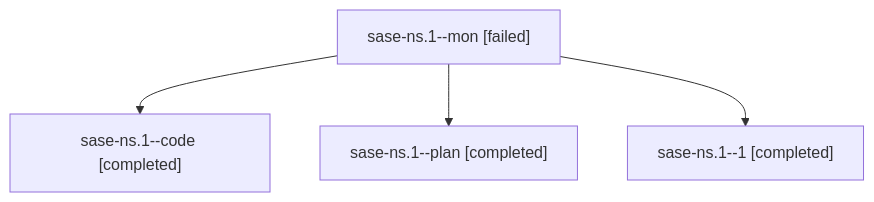
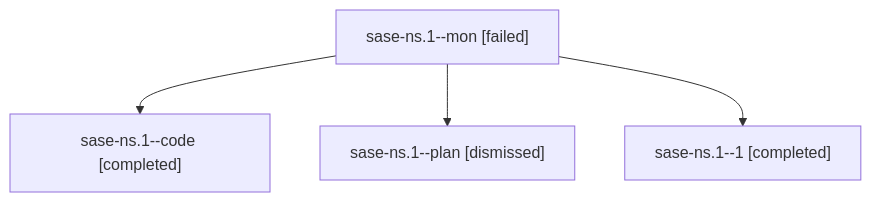
One commit to sase-org/sase--agents changed the diagram in families/bbugyi200.athena.sase-ns.1.md. Above: the diagram before and after it, drawn with Mermaid. The commit also changed other lines of this file and 200 other files, not shown here.

````diff
--- a/families/bbugyi200.athena.sase-ns.1.md
+++ b/families/bbugyi200.athena.sase-ns.1.md
@@ -9,10 +9,10 @@
 ```mermaid
 flowchart TD
   n0["sase-ns.1--mon [failed]"]
   n1["sase-ns.1--code [completed]"]
   n0 --> n1
-  n2["sase-ns.1--plan [completed]"]
+  n2["sase-ns.1--plan [dismissed]"]
   n0 --> n2
   n3["sase-ns.1--1 [completed]"]
   n0 --> n3
 ```
````
